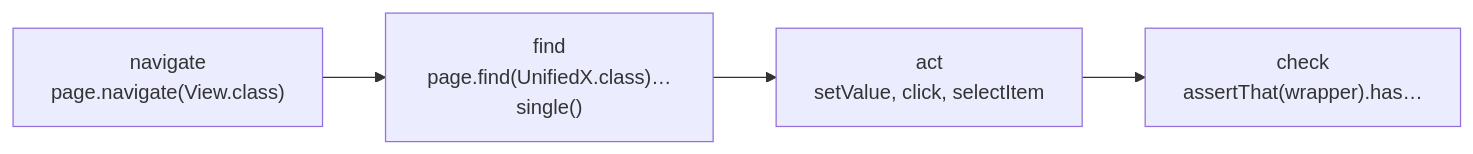
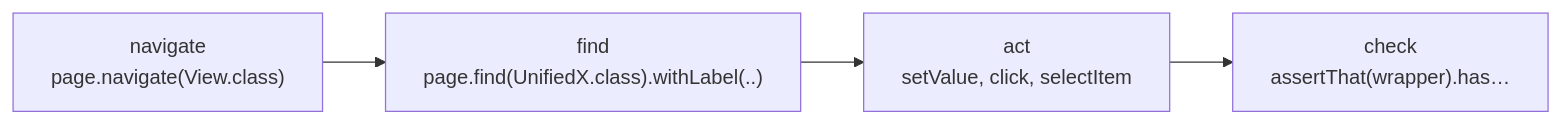
The diagram in docs/guide/index.md (parttio/unified-testing-tool), drawn with Mermaid before and after one commit. The commit also changed other lines of this file and 17 other files, not shown here.

````diff
--- a/docs/guide/index.md
+++ b/docs/guide/index.md
@@ -45,4 +46,4 @@
 ```mermaid
 flowchart LR
-    N["navigate<br/>page.navigate(View.class)"] --> F["find<br/>page.find(UnifiedX.class)…single()"] --> A["act<br/>setValue, click, selectItem"] --> C["check<br/>assertThat(wrapper).has…"]
+    N["navigate<br/>page.navigate(View.class)"] --> F["find<br/>page.find(UnifiedX.class).withLabel(..)"] --> A["act<br/>setValue, click, selectItem"] --> C["check<br/>assertThat(wrapper).has…"]
 ```
````
